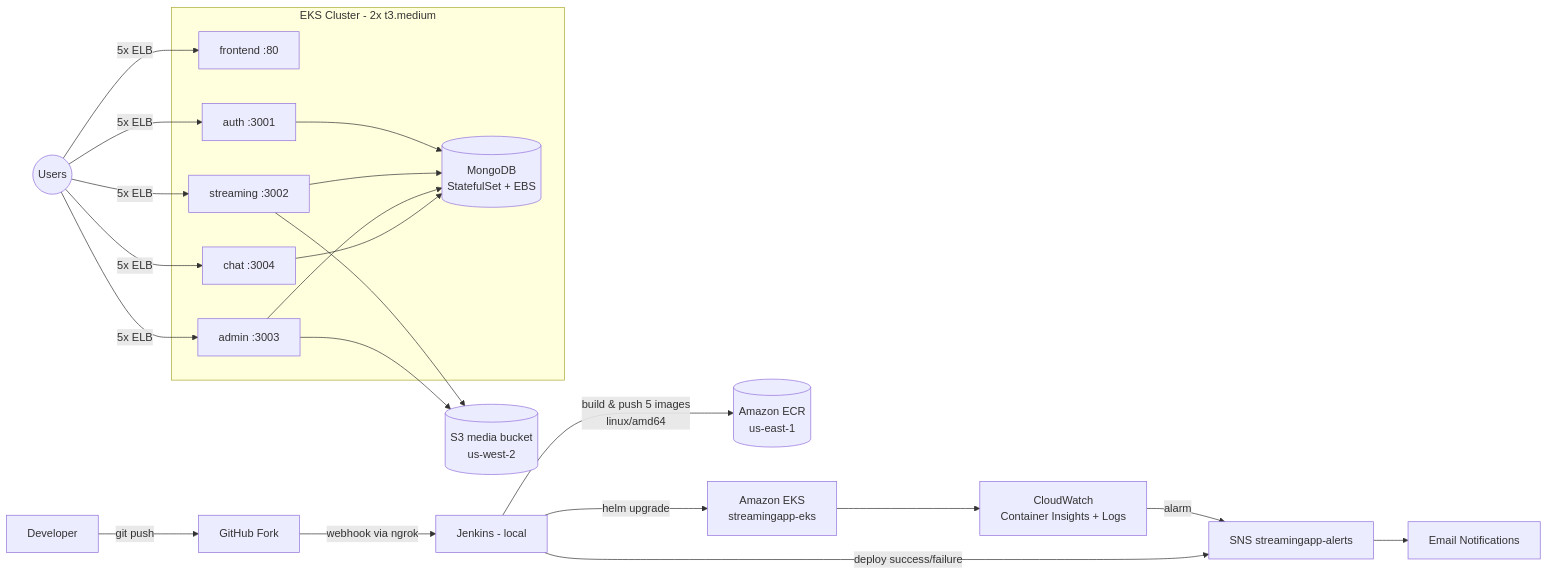
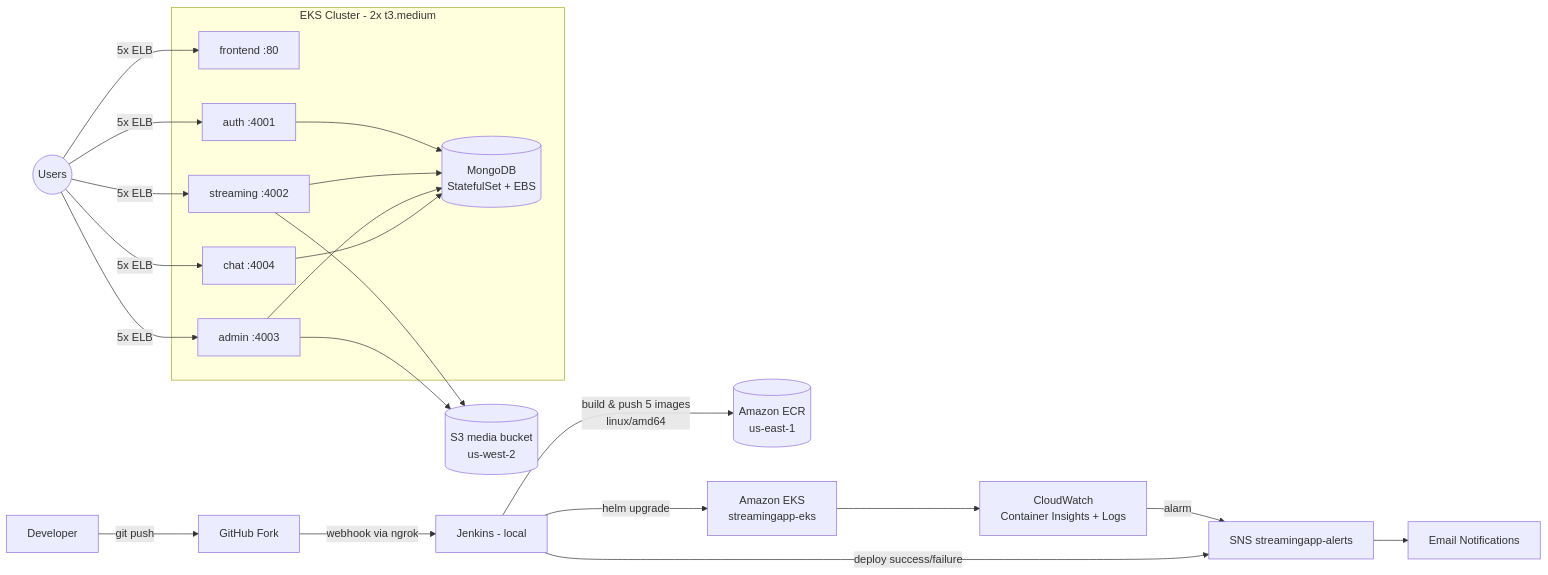
One commit to Avinashsain/container-vuln-scanner changed the diagram in projects/StreamingApp-Assignment-HV/README.md. Above: the diagram before and after it, drawn with Mermaid. The commit also changed other lines of this file and 25 other files, not shown here.

````diff
--- a/projects/StreamingApp-Assignment-HV/README.md
+++ b/projects/StreamingApp-Assignment-HV/README.md
@@ -34,23 +34,23 @@
 ```mermaid
 flowchart LR
   Dev[Developer] -->|git push| GH[GitHub Fork]
   GH -->|webhook via ngrok| J[Jenkins - local]
   J -->|build & push 5 images<br/>linux/amd64| ECR[(Amazon ECR<br/>us-east-1)]
   J -->|helm upgrade| EKS[Amazon EKS<br/>streamingapp-eks]
   subgraph EKS Cluster - 2x t3.medium
     FE[frontend :80]
-    AU[auth :3001]
-    ST[streaming :3002]
-    AD[admin :3003]
-    CH[chat :3004]
+    AU[auth :4001]
+    ST[streaming :4002]
+    AD[admin :4003]
+    CH[chat :4004]
     M[(MongoDB<br/>StatefulSet + EBS)]
     AU & ST & AD & CH --> M
   end
   ST --> S3[(S3 media bucket<br/>us-west-2)]
   AD --> S3
   EKS --> CW[CloudWatch<br/>Container Insights + Logs]
   CW -->|alarm| SNS[SNS streamingapp-alerts]
   J -->|deploy success/failure| SNS
   SNS --> Email[Email Notifications]
   User((Users)) -->|5x ELB| FE & AU & ST & AD & CH
 ```
````
